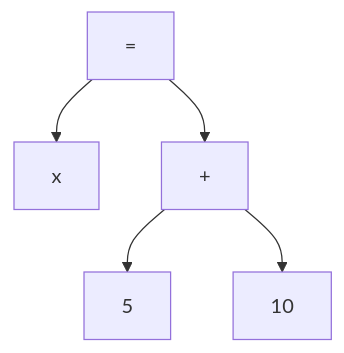
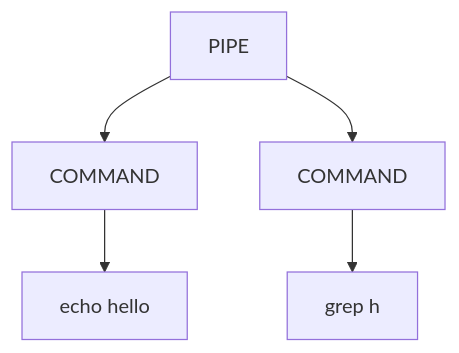
Before and after one commit to berkaygmcc/KeldShell: the second of 2 diagrams in README.md, drawn with Mermaid. The commit also changed other lines of this file, not shown here.

````diff
--- a/README.md
+++ b/README.md
@@ -310,15 +315,15 @@
 ```mermaid
 graph TD
-    %% Düğümler (Nodes)
-    Assign[=]
-    Var[x]
-    Add[+]
-    Num1[5]
-    Num2[10]
+    %% NODES
+    ROOT[PIPE]
+    LEFT[COMMAND]
+    RIGHT[COMMAND]
+    COMMAND1[echo hello]
+    COMMAND2[grep h]
 
-    %% Bağlantılar (Edges)
-    Assign --> Var
-    Assign --> Add
-    Add --> Num1
-    Add --> Num2
+    %% EDGES
+    ROOT --> LEFT
+    ROOT --> RIGHT
+    LEFT --> COMMAND1
+    RIGHT --> COMMAND2
 ```
````
